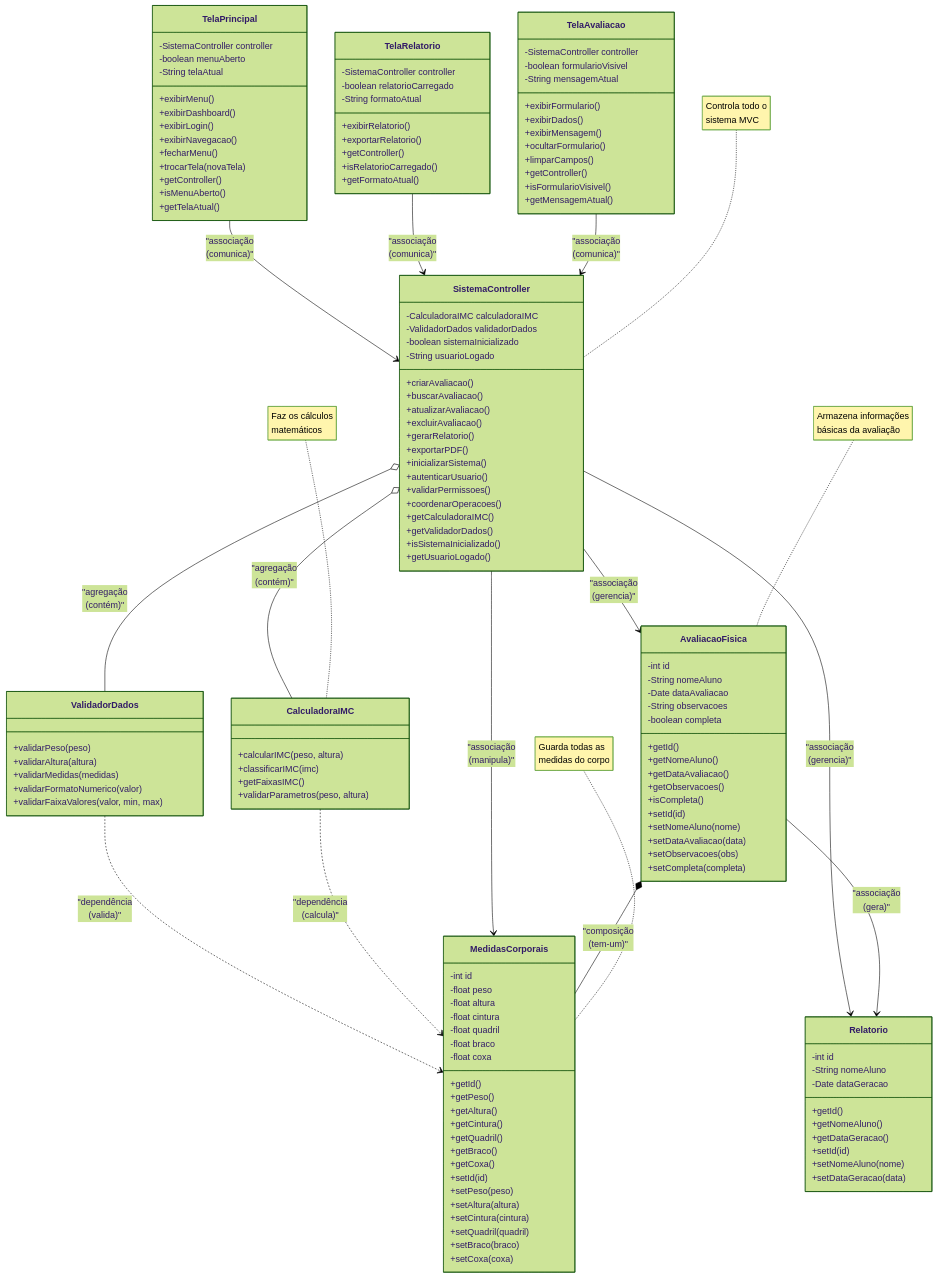
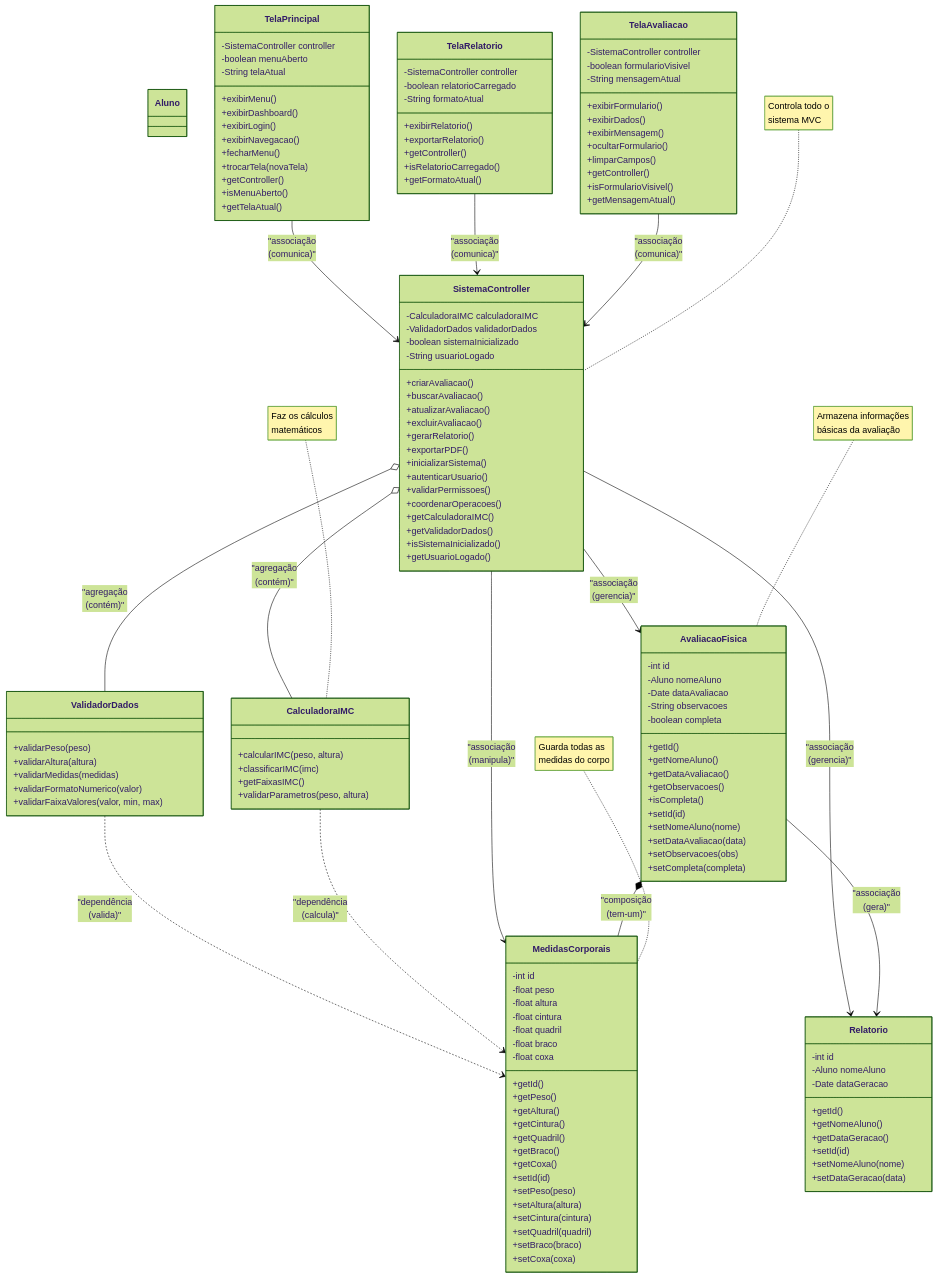
Before and after one commit to elainefabiola/Registro-de-evolu-o-f-sica: the diagram in diagrama_classes.md, drawn with Mermaid (forest theme).

Commit message:
UPDATE: Digrama de classe

```diff
--- a/diagrama_classes.md
+++ b/diagrama_classes.md
@@ -10,7 +10,7 @@
     
     class AvaliacaoFisica {
         -int id
-        -String nomeAluno
+        -Aluno nomeAluno
         -Date dataAvaliacao
         -String observacoes
         -boolean completa
@@ -24,6 +24,9 @@
         +setDataAvaliacao(data)
         +setObservacoes(obs)
         +setCompleta(completa)
+    }
+    class Aluno {
+  
     }
 
     class MedidasCorporais {
@@ -52,7 +55,7 @@
 
     class Relatorio {
         -int id
-        -String nomeAluno
+        -Aluno nomeAluno
         -Date dataGeracao
         +getId()
         +getNomeAluno()
```
